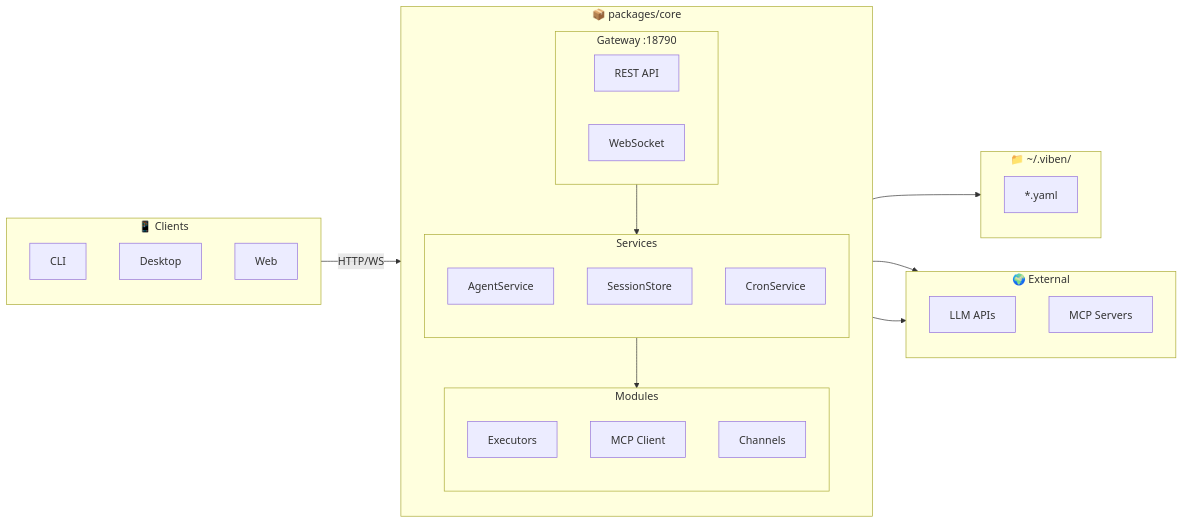
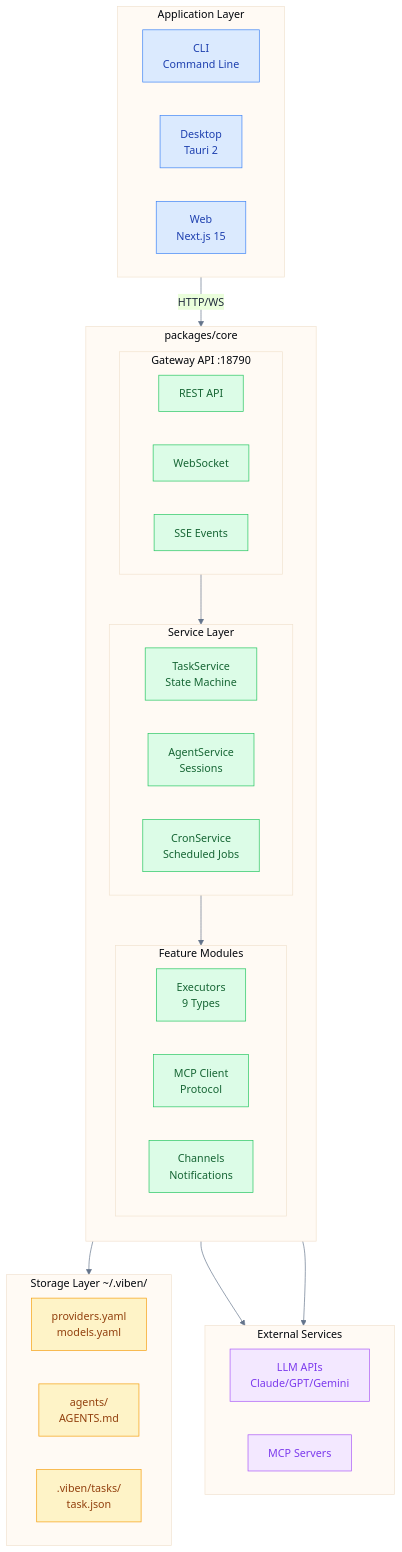
One commit to LinXueyuanStdio/viben changed the first of 2 diagrams in README_EN.md. Above: the diagram before and after it, drawn with Mermaid. The commit also changed other lines of this file and 1 other file, not shown here.

Commit message:
docs(readme): 深度优化 README 架构图
- 添加系统架构图展示三层架构 (应用层 -> Core -> 存储层)
- 改进 packages/core 内部结构图 (Gateway, Services, Modules)
- 统一 mermaid 主题样式配置
- 添加颜色编码的 classDef 样式
- 同步中英文版本内容
- 增强任务生命周期图的视觉效果

````diff
--- a/README_EN.md
+++ b/README_EN.md
@@ -64,51 +64,65 @@
 ```mermaid
-graph LR
-    subgraph Clients["📱 Clients"]
-        direction TB
-        CLI["CLI"]
-        Desktop["Desktop"]
-        Web["Web"]
+%%{init: {'theme': 'base', 'themeVariables': { 'primaryColor': '#dbeafe', 'lineColor': '#64748b', 'primaryTextColor': '#1e293b'}}}%%
+graph TB
+    subgraph Apps["Application Layer"]
+        direction LR
+        CLI["CLI<br/>Command Line"]
+        Desktop["Desktop<br/>Tauri 2"]
+        Web["Web<br/>Next.js 15"]
     end
 
-    subgraph Core["📦 packages/core"]
+    subgraph Core["packages/core"]
         direction TB
 
-        subgraph GW["Gateway :18790"]
+        subgraph Gateway["Gateway API :18790"]
             direction LR
             REST["REST API"]
             WS["WebSocket"]
+            SSE["SSE Events"]
         end
 
-        subgraph Svc["Services"]
-            direction TB
-            Agent["AgentService"]
-            Session["SessionStore"]
-            Cron["CronService"]
+        subgraph Services["Service Layer"]
+            direction LR
+            TaskSvc["TaskService<br/>State Machine"]
+            AgentSvc["AgentService<br/>Sessions"]
+            CronSvc["CronService<br/>Scheduled Jobs"]
         end
 
-        subgraph Mod["Modules"]
-            direction TB
-            Exec["Executors"]
-            MCP["MCP Client"]
-            Chan["Channels"]
+        subgraph Modules["Feature Modules"]
+            direction LR
+            Exec["Executors<br/>9 Types"]
+            MCP["MCP Client<br/>Protocol"]
+            Chan["Channels<br/>Notifications"]
         end
     end
 
-    subgraph Ext["🌍 External"]
-        direction TB
-        LLM["LLM APIs"]
+    subgraph Storage["Storage Layer ~/.viben/"]
+        direction LR
+        Config["providers.yaml<br/>models.yaml"]
+        Agents["agents/<br/>AGENTS.md"]
+        Tasks[".viben/tasks/<br/>task.json"]
+    end
+
+    subgraph External["External Services"]
+        direction LR
+        LLM["LLM APIs<br/>Claude/GPT/Gemini"]
         MCPSrv["MCP Servers"]
     end
 
-    subgraph Cfg["📁 ~/.viben/"]
-        direction TB
-        YAML["*.yaml"]
-    end
-
-    Clients -->|HTTP/WS| GW
-    GW --> Svc
-    Svc --> Mod
-    Mod --> Cfg
+    Apps -->|HTTP/WS| Gateway
+    Gateway --> Services
+    Services --> Modules
+    Modules --> Storage
     Exec --> LLM
     MCP --> MCPSrv
+
+    classDef appLayer fill:#dbeafe,stroke:#3b82f6,color:#1e40af
+    classDef coreLayer fill:#dcfce7,stroke:#22c55e,color:#166534
+    classDef storageLayer fill:#fef3c7,stroke:#f59e0b,color:#92400e
+    classDef extLayer fill:#f3e8ff,stroke:#a855f7,color:#7c3aed
+
+    class CLI,Desktop,Web appLayer
+    class REST,WS,SSE,TaskSvc,AgentSvc,CronSvc,Exec,MCP,Chan coreLayer
+    class Config,Agents,Tasks storageLayer
+    class LLM,MCPSrv extLayer
 ```
````
